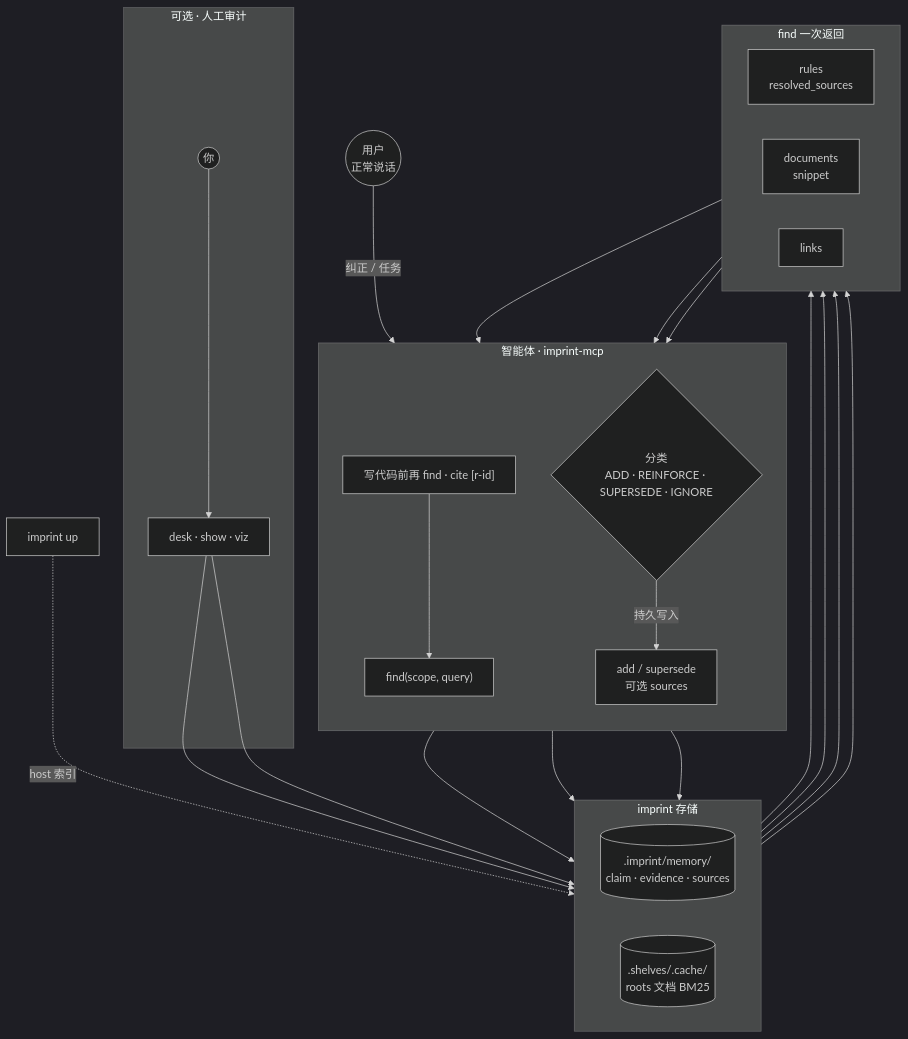
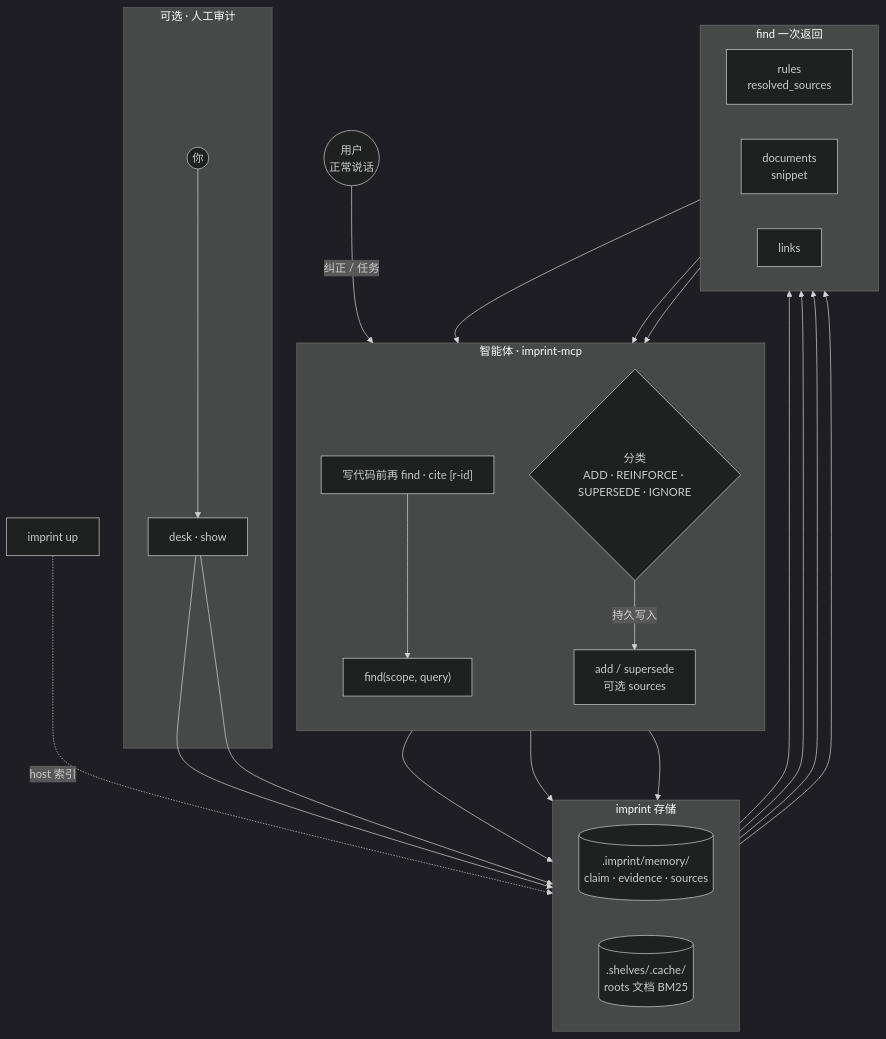
The first of 2 diagrams in README.zh.md (SteamedBread2333/imprint), drawn with Mermaid (dark theme) before and after one commit. The commit also changed other lines of this file and 38 other files, not shown here.

````diff
--- a/README.zh.md
+++ b/README.zh.md
@@ -37,45 +37,45 @@
 ```mermaid
 flowchart TB
   U((用户<br/>正常说话))
 
   subgraph Agent["智能体 · imprint-mcp"]
     direction TB
     F["find(scope, query)"]
     C{"分类<br/>ADD · REINFORCE · SUPERSEDE · IGNORE"}
     W["add / supersede<br/>可选 sources"]
     R["写代码前再 find · cite [r-id]"]
   end
 
   subgraph Store["imprint 存储"]
     direction LR
     Vault[(".imprint/memory/<br/>claim · evidence · sources")]
     Shelves[(".shelves/.cache/<br/>roots 文档 BM25")]
   end
 
   subgraph FindOut["find 一次返回"]
     direction LR
     FR["rules<br/>resolved_sources"]
     FD["documents<br/>snippet"]
     FL["links"]
   end
 
   subgraph Audit["可选 · 人工审计"]
-    H((你)) --> Desk["desk · show · viz"]
+    H((你)) --> Desk["desk · show"]
   end
 
   UP["imprint up"] -.->|host 索引| Shelves
 
   U -->|纠正 / 任务| Agent
   F --> Vault
   F --> Shelves
   Vault --> FR
   Shelves --> FD
   Vault --> FL
   Shelves --> FL
   FR & FD & FL --> C
   C -->|持久写入| W
   W --> Vault
   R --> F
   Desk --> Vault
   Desk --> Shelves
 ```
````
